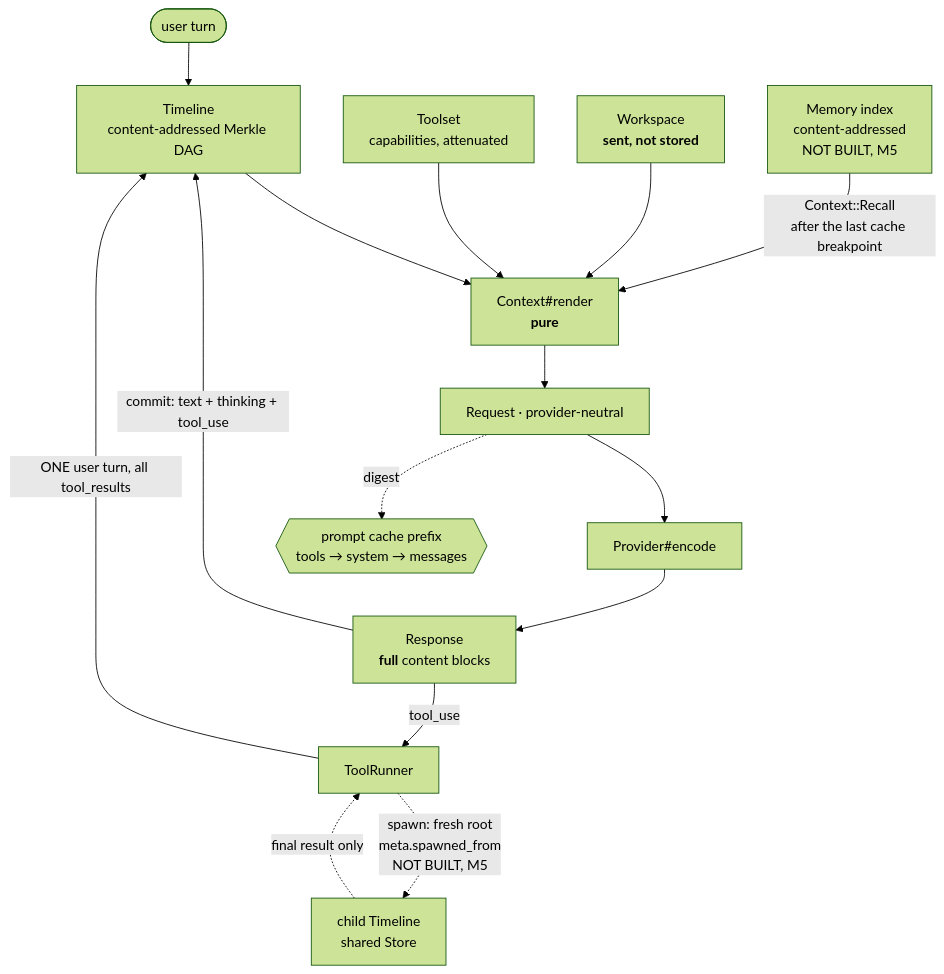
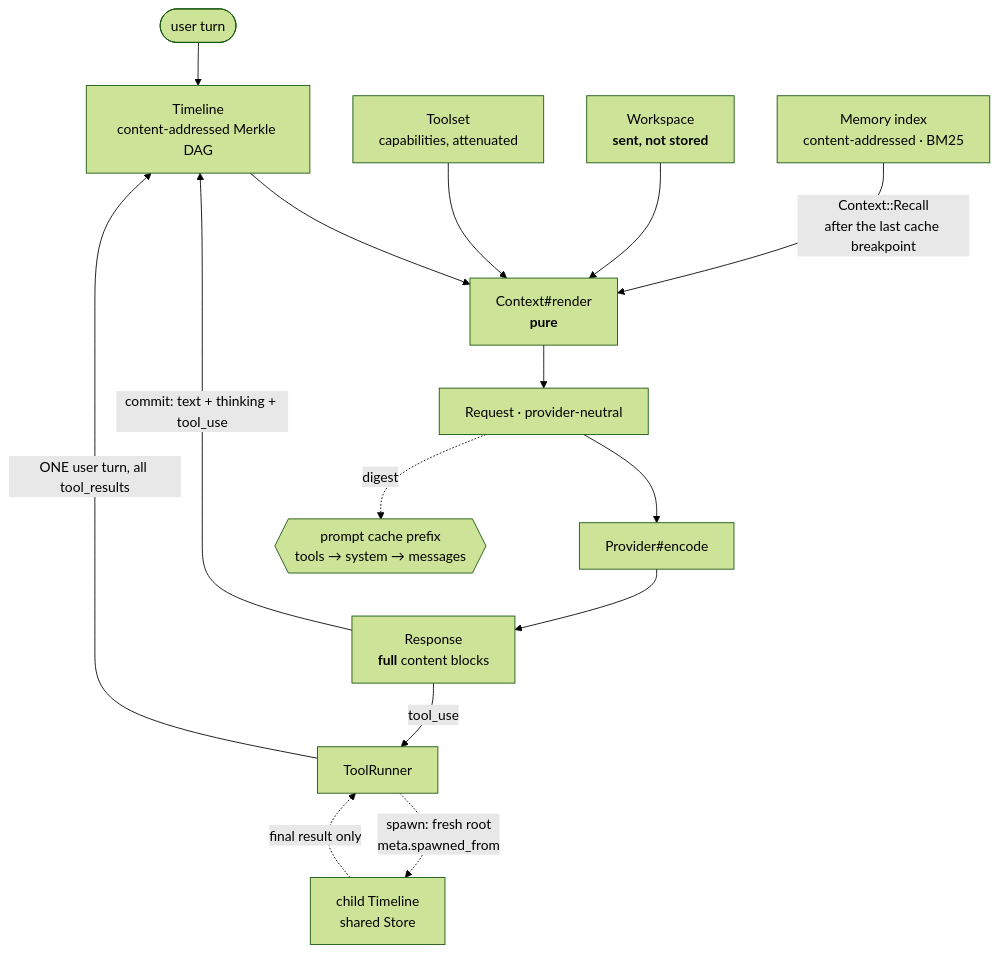
Before and after one commit to liaden/lain: the second of 2 diagrams in README.md, drawn with Mermaid (forest theme). The commit also changed other lines of this file and 2 other files, not shown here.

Commit message:
docs: README and ROADMAP reflect the shipped interface band; drop xmonad from living docs

````diff
--- a/README.md
+++ b/README.md
@@ -111,16 +129,16 @@
 ```mermaid
 flowchart TB
   U([user turn]) --> TL
   TL["Timeline<br/>content-addressed Merkle DAG"] --> CTX
   TS["Toolset<br/>capabilities, attenuated"] --> CTX
   WS["Workspace<br/><b>sent, not stored</b>"] --> CTX
-  MEM["Memory index<br/>content-addressed<br/>NOT BUILT, M5"] -->|Context::Recall<br/>after the last cache breakpoint| CTX
+  MEM["Memory index<br/>content-addressed · BM25"] -->|Context::Recall<br/>after the last cache breakpoint| CTX
   CTX["Context#render<br/><b>pure</b>"] --> REQ["Request · provider-neutral"]
   REQ --> ENC["Provider#encode"] --> RESP["Response<br/><b>full</b> content blocks"]
   RESP -->|commit: text + thinking + tool_use| TL
   RESP -->|tool_use| TR["ToolRunner"]
   TR -->|ONE user turn, all tool_results| TL
-  TR -.->|spawn: fresh root<br/>meta.spawned_from<br/>NOT BUILT, M5| CH["child Timeline<br/>shared Store"]
+  TR -.->|spawn: fresh root<br/>meta.spawned_from| CH["child Timeline<br/>shared Store"]
   CH -.->|final result only| TR
   REQ -.->|digest| C{{"prompt cache prefix<br/>tools → system → messages"}}
 ```
````
